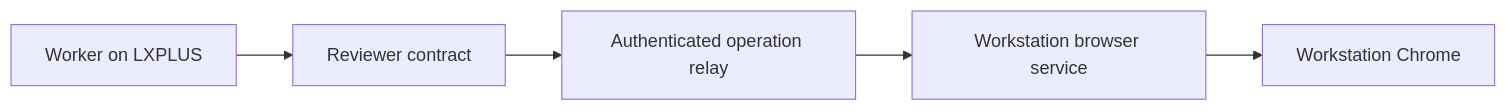
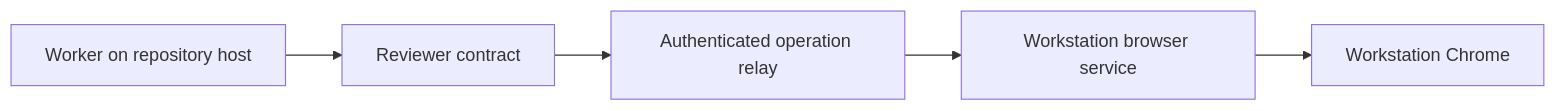
Before and after one commit to jbeirer/lxreview: the second of 3 diagrams in docs/ARCHITECTURE.md, drawn with Mermaid. The commit also changed other lines of this file and 17 other files, not shown here.

````diff
--- a/docs/ARCHITECTURE.md
+++ b/docs/ARCHITECTURE.md
@@ -37,7 +37,7 @@
 ```mermaid
 flowchart LR
-    Worker[Worker on LXPLUS] --> Reviewer[Reviewer contract]
+    Worker[Worker on repository host] --> Reviewer[Reviewer contract]
     Reviewer --> Relay[Authenticated operation relay]
     Relay --> Service[Workstation browser service]
     Service --> Chrome[Workstation Chrome]
 ```
````
